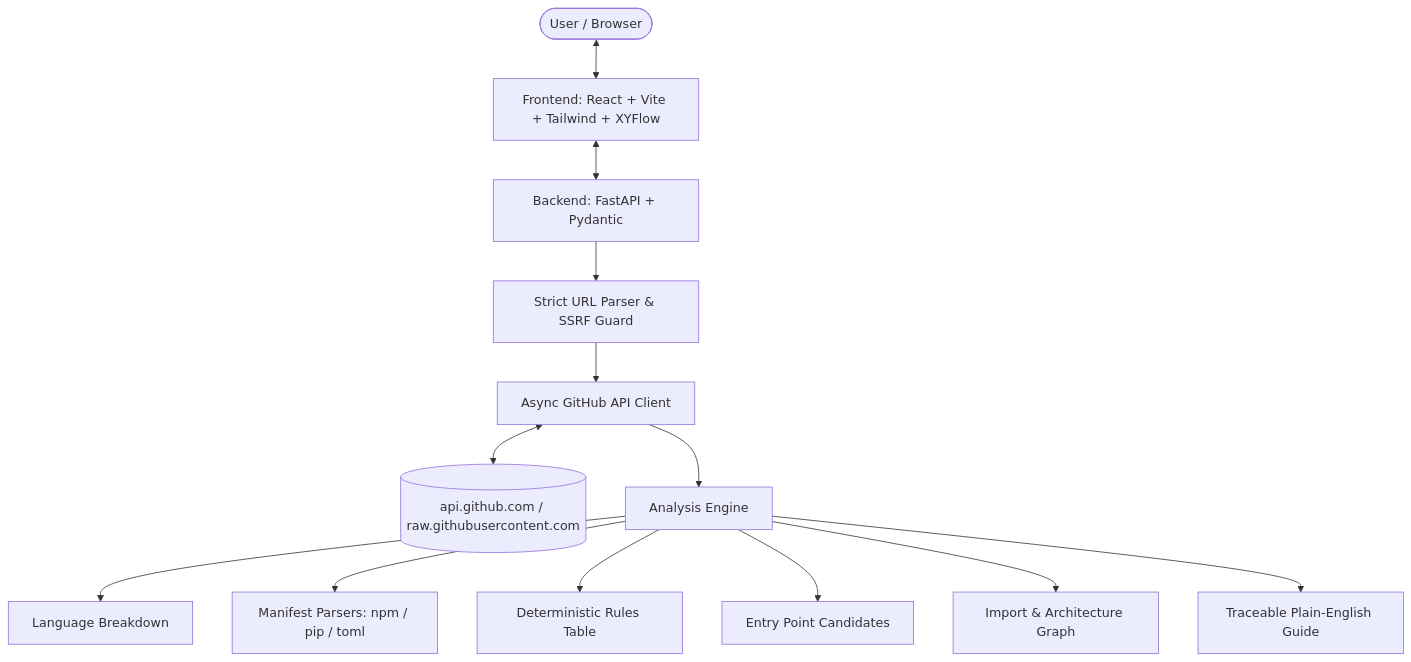
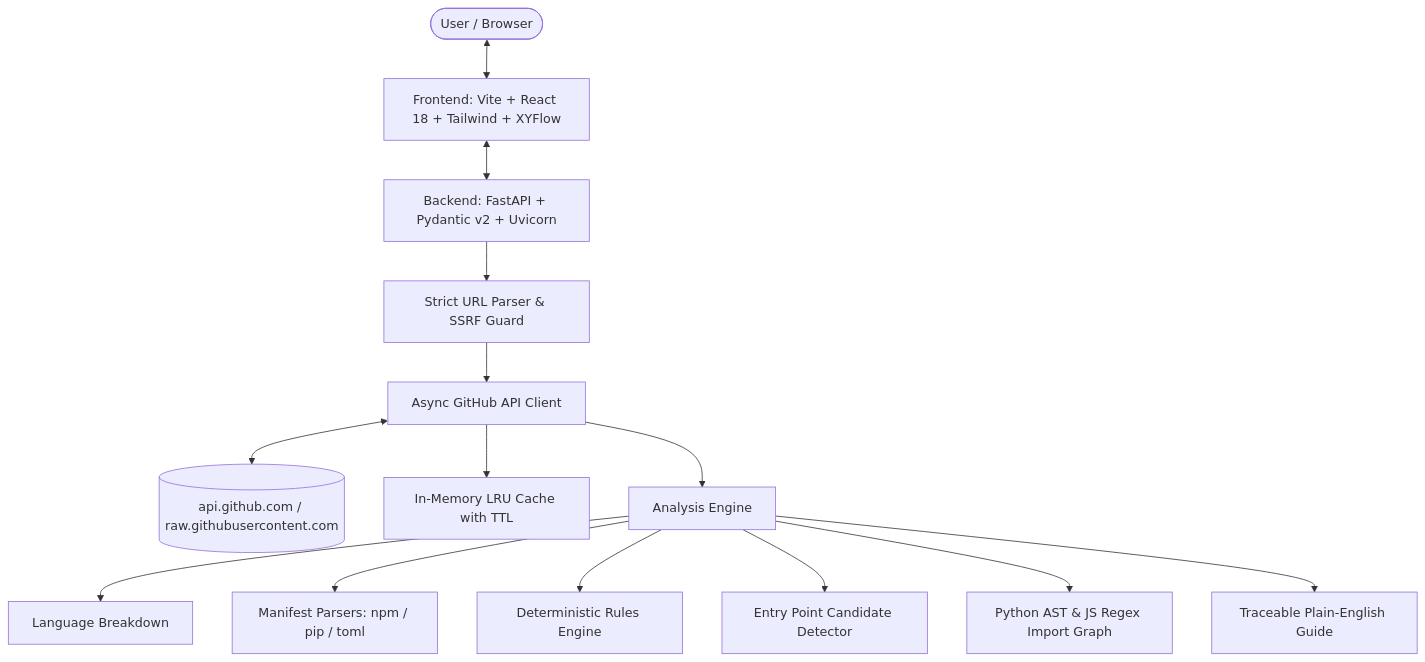
Before and after one commit to muhammadumerrafiq/Repo-Archaeologist: the diagram in README.md, drawn with Mermaid. The commit also changed other lines of this file, not shown here.

````diff
--- a/README.md
+++ b/README.md
@@ -22,15 +102,16 @@
 ```mermaid
 graph TD
-    User([User / Browser]) <--> Frontend[Frontend: React + Vite + Tailwind + XYFlow]
-    Frontend <--> Backend[Backend: FastAPI + Pydantic]
+    User([User / Browser]) <--> Frontend[Frontend: Vite + React 18 + Tailwind + XYFlow]
+    Frontend <--> Backend[Backend: FastAPI + Pydantic v2 + Uvicorn]
     Backend --> UrlValidator[Strict URL Parser & SSRF Guard]
     UrlValidator --> GitHubClient[Async GitHub API Client]
     GitHubClient <--> GitHubAPI[(api.github.com / raw.githubusercontent.com)]
+    GitHubClient --> Cache[In-Memory LRU Cache with TTL]
     GitHubClient --> AnalysisEngine[Analysis Engine]
     AnalysisEngine --> LanguageAnalyzer[Language Breakdown]
     AnalysisEngine --> ManifestParser[Manifest Parsers: npm / pip / toml]
-    AnalysisEngine --> RuleDetectors[Deterministic Rules Table]
-    AnalysisEngine --> EntryDetector[Entry Point Candidates]
-    AnalysisEngine --> GraphBuilder[Import & Architecture Graph]
+    AnalysisEngine --> RuleDetectors[Deterministic Rules Engine]
+    AnalysisEngine --> EntryDetector[Entry Point Candidate Detector]
+    AnalysisEngine --> GraphBuilder[Python AST & JS Regex Import Graph]
     AnalysisEngine --> GuideGenerator[Traceable Plain-English Guide]
 ```
````
